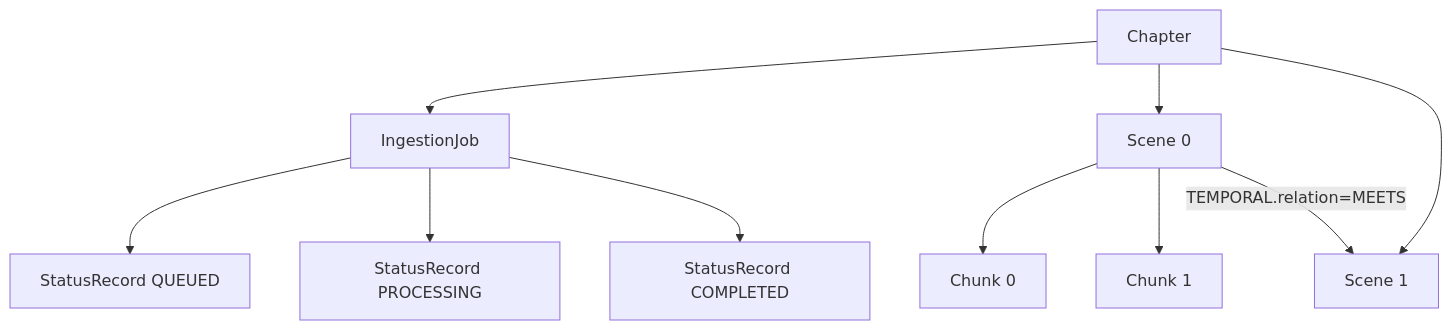
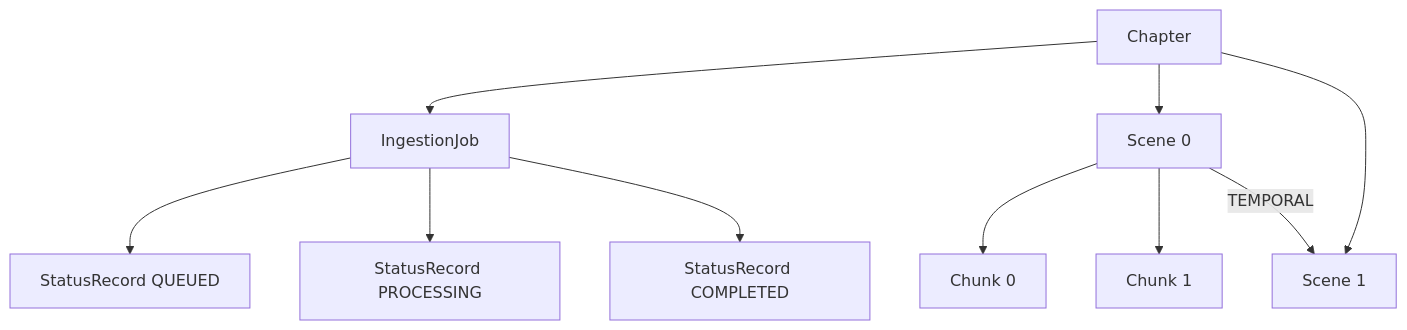
Before and after one commit to chaixdev/lorevault-kb: the diagram in docs/architecture/03-information-viewpoint.md, drawn with Mermaid. The commit also changed other lines of this file and 5 other files, not shown here.

Commit message:
Docs(architecture): simplify Information Viewpoint to conceptual model only; remove implementation/roadmap details. Also delete LV-085-10R placeholder.

````diff
--- a/docs/architecture/03-information-viewpoint.md
+++ b/docs/architecture/03-information-viewpoint.md
@@ -38,12 +38,12 @@
 ```mermaid
 flowchart TD
     CH[Chapter] --> J[IngestionJob]
     J --> SR1[StatusRecord QUEUED]
     J --> SR2[StatusRecord PROCESSING]
     J --> SR3[StatusRecord COMPLETED]
     CH --> S1[Scene 0]
     CH --> S2[Scene 1]
     S1 --> C1[Chunk 0]
     S1 --> C2[Chunk 1]
-    S1 -->|TEMPORAL.relation=MEETS| S2[Scene 1]
+    S1 -->|TEMPORAL| S2[Scene 1]
 ```
````
